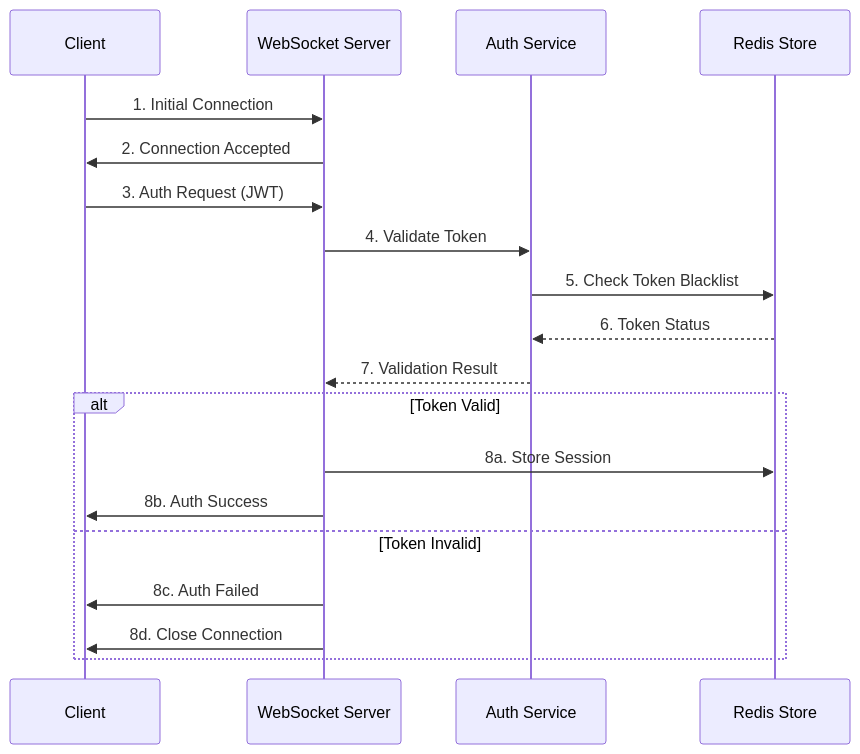
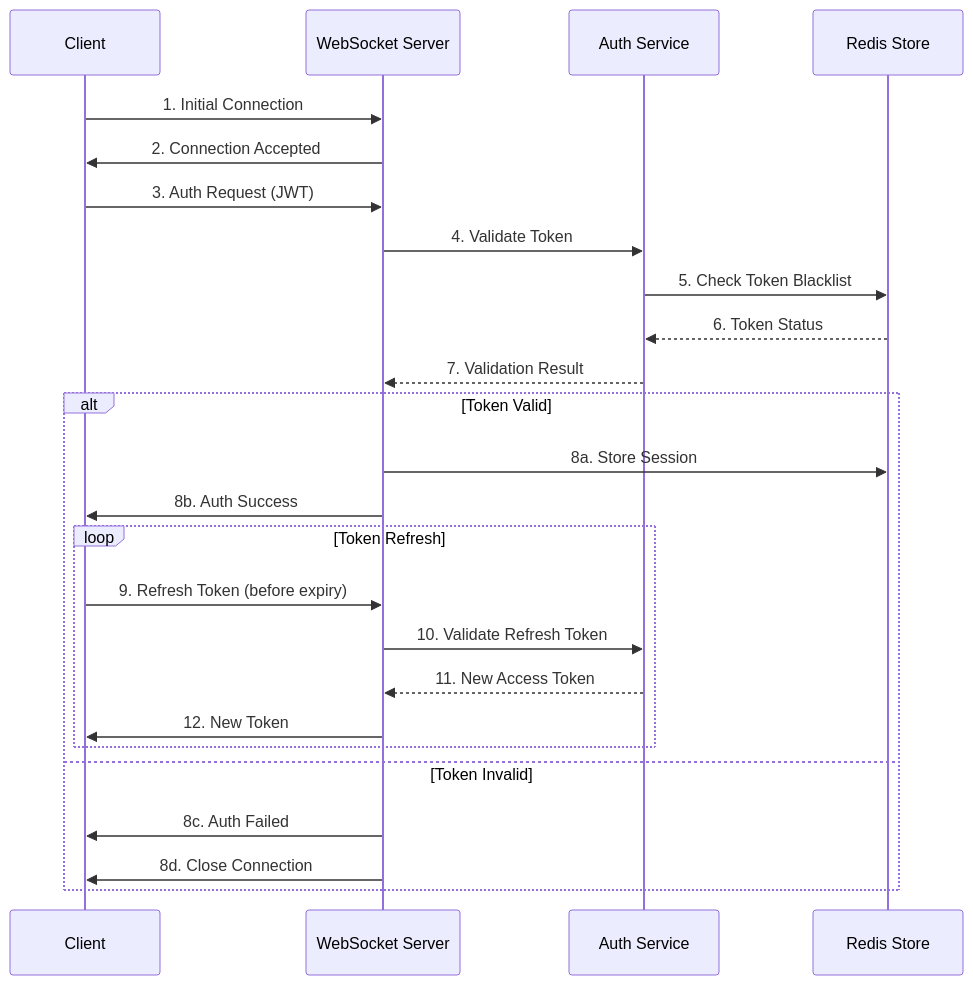
Before and after one commit to markbsigler/PetStore-TypeScript-MCP-WS: the fifth of 8 diagrams in README.md, drawn with Mermaid. The commit also changed other lines of this file, not shown here.

First line of the commit message:
docs: enhance Mermaid diagrams in README

````diff
--- a/README.md
+++ b/README.md
@@ -444,23 +449,29 @@
 ```mermaid
 sequenceDiagram
     participant C as Client
     participant WS as WebSocket Server
     participant Auth as Auth Service
     participant Redis as Redis Store
 
     C->>WS: 1. Initial Connection
     WS->>C: 2. Connection Accepted
     C->>WS: 3. Auth Request (JWT)
     WS->>Auth: 4. Validate Token
     Auth->>Redis: 5. Check Token Blacklist
     Redis-->>Auth: 6. Token Status
     Auth-->>WS: 7. Validation Result
     
     alt Token Valid
         WS->>Redis: 8a. Store Session
         WS->>C: 8b. Auth Success
+        loop Token Refresh
+            C->>WS: 9. Refresh Token (before expiry)
+            WS->>Auth: 10. Validate Refresh Token
+            Auth-->>WS: 11. New Access Token
+            WS->>C: 12. New Token
+        end
     else Token Invalid
         WS->>C: 8c. Auth Failed
         WS->>C: 8d. Close Connection
     end
 ```
````
